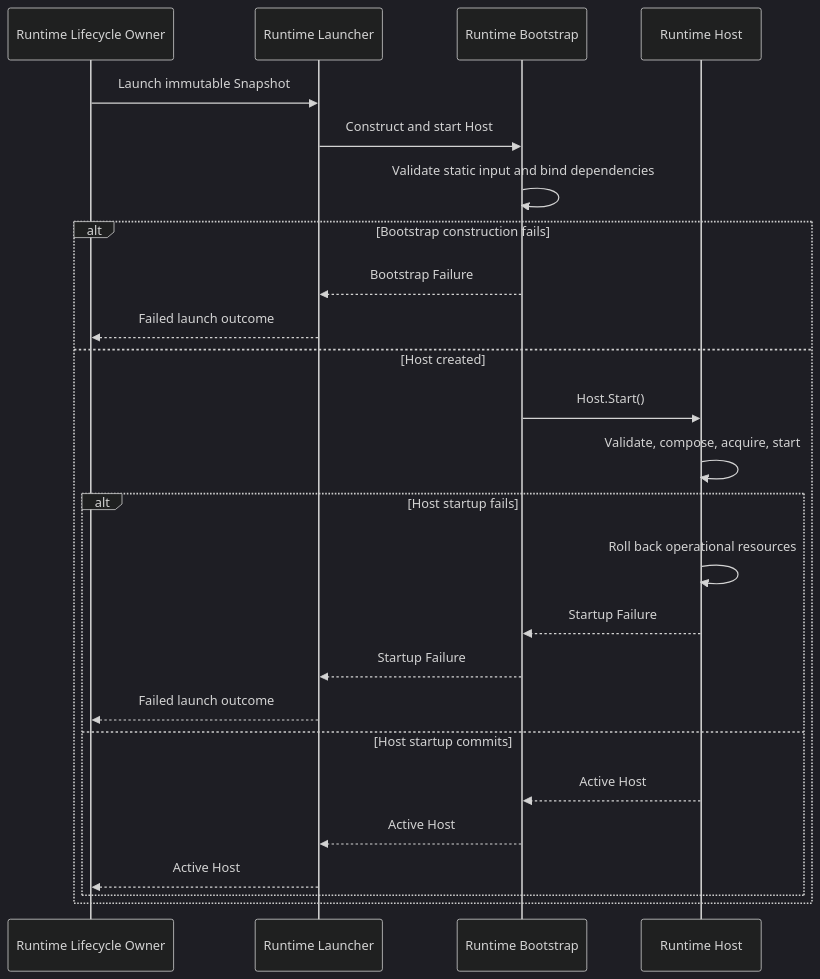
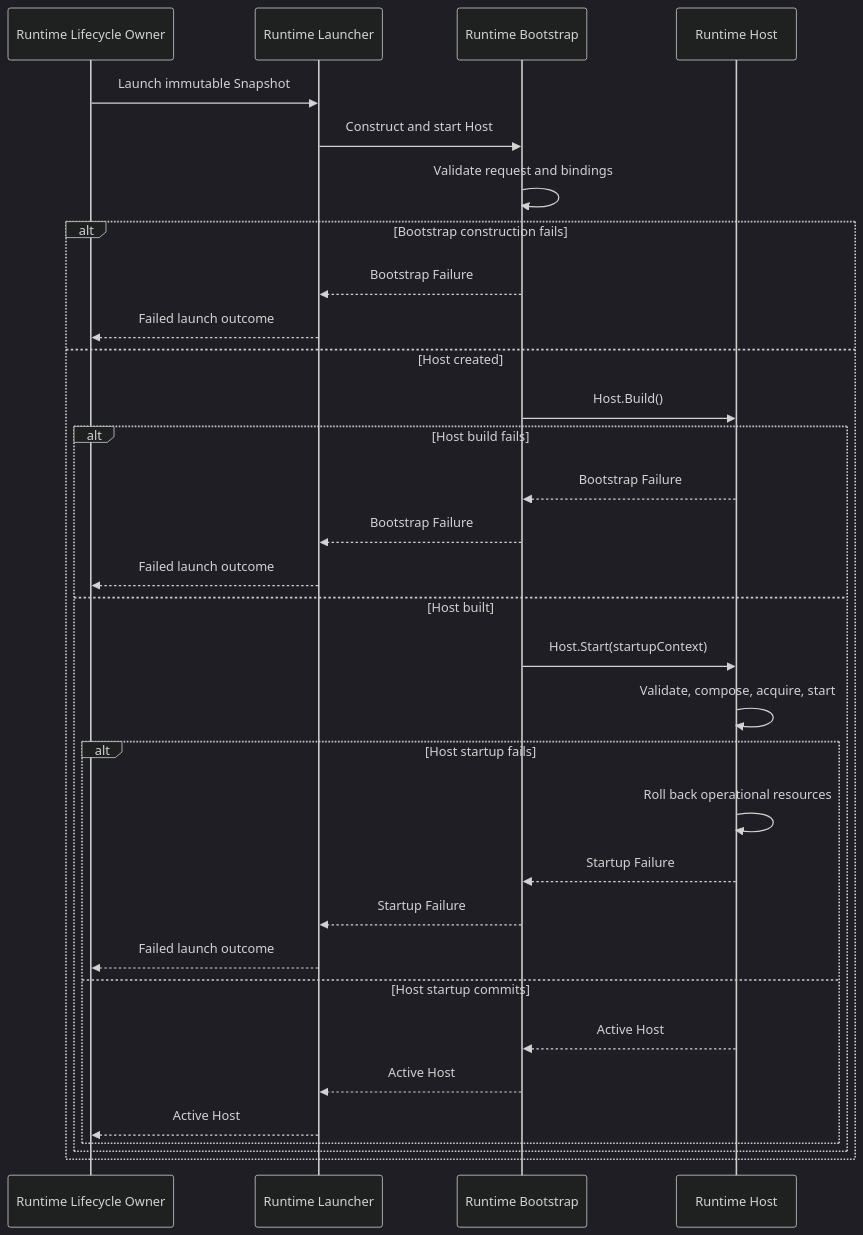
Before and after one commit to dsdred/universal-websocket-platform: the diagram in docs/en/design/DP-009-runtime-bootstrap-contract.md, drawn with Mermaid (dark theme). The commit also changed other lines of this file and 5 other files, not shown here.

````diff
--- a/docs/en/design/DP-009-runtime-bootstrap-contract.md
+++ b/docs/en/design/DP-009-runtime-bootstrap-contract.md
@@ -307,27 +393,34 @@
 ```mermaid
 sequenceDiagram
     participant O as Runtime Lifecycle Owner
     participant L as Runtime Launcher
     participant B as Runtime Bootstrap
     participant H as Runtime Host
     O->>L: Launch immutable Snapshot
     L->>B: Construct and start Host
-    B->>B: Validate static input and bind dependencies
+    B->>B: Validate request and bindings
     alt Bootstrap construction fails
         B-->>L: Bootstrap Failure
         L-->>O: Failed launch outcome
     else Host created
-        B->>H: Host.Start()
-        H->>H: Validate, compose, acquire, start
-        alt Host startup fails
-            H->>H: Roll back operational resources
-            H-->>B: Startup Failure
-            B-->>L: Startup Failure
+        B->>H: Host.Build()
+        alt Host build fails
+            H-->>B: Bootstrap Failure
+            B-->>L: Bootstrap Failure
             L-->>O: Failed launch outcome
-        else Host startup commits
-            H-->>B: Active Host
-            B-->>L: Active Host
-            L-->>O: Active Host
+        else Host built
+            B->>H: Host.Start(startupContext)
+            H->>H: Validate, compose, acquire, start
+            alt Host startup fails
+                H->>H: Roll back operational resources
+                H-->>B: Startup Failure
+                B-->>L: Startup Failure
+                L-->>O: Failed launch outcome
+            else Host startup commits
+                H-->>B: Active Host
+                B-->>L: Active Host
+                L-->>O: Active Host
+            end
         end
     end
 ```
````
